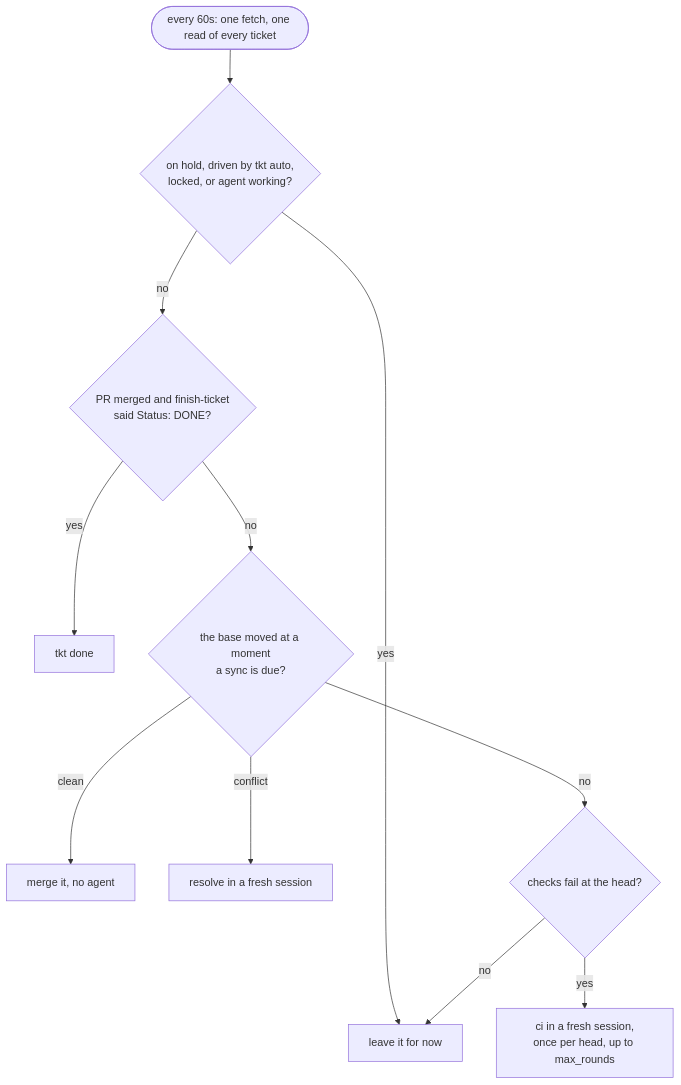
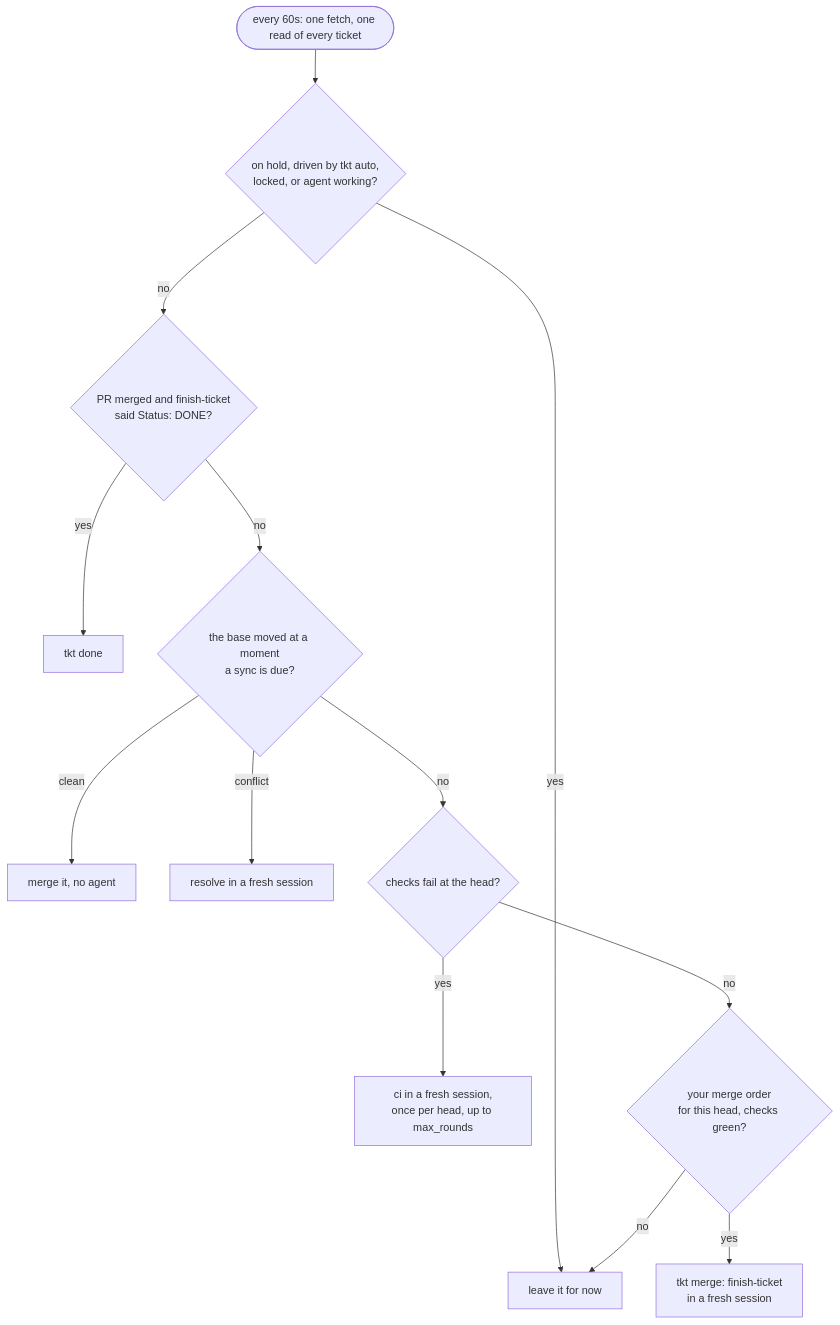
The fourth of 6 diagrams in docs/lifecycle.md (rogsme/tkt), drawn with Mermaid before and after one commit. The commit also changed other lines of this file and 31 other files, not shown here.

First line of the commit message:
Merge a verified ticket with tkt merge, now or once its checks pass

````diff
--- a/docs/lifecycle.md
+++ b/docs/lifecycle.md
@@ -243,13 +245,15 @@
 ```mermaid
 flowchart TD
   pass(["every 60s: one fetch, one read of every ticket"]) --> skip{"on hold, driven by tkt auto,<br/>locked, or agent working?"}
   skip -->|yes| leave["leave it for now"]
   skip -->|no| merged{"PR merged and finish-ticket<br/>said Status: DONE?"}
   merged -->|yes| done["tkt done"]
   merged -->|no| behind{"the base moved at a moment<br/>a sync is due?"}
   behind -->|clean| sync["merge it, no agent"]
   behind -->|conflict| resolve["resolve in a fresh session"]
   behind -->|no| ci{"checks fail at the head?"}
   ci -->|yes| fix["ci in a fresh session,<br/>once per head, up to max_rounds"]
-  ci -->|no| leave
+  ci -->|no| order{"your merge order<br/>for this head, checks green?"}
+  order -->|yes| merge["tkt merge: finish-ticket<br/>in a fresh session"]
+  order -->|no| leave
 ```
````
